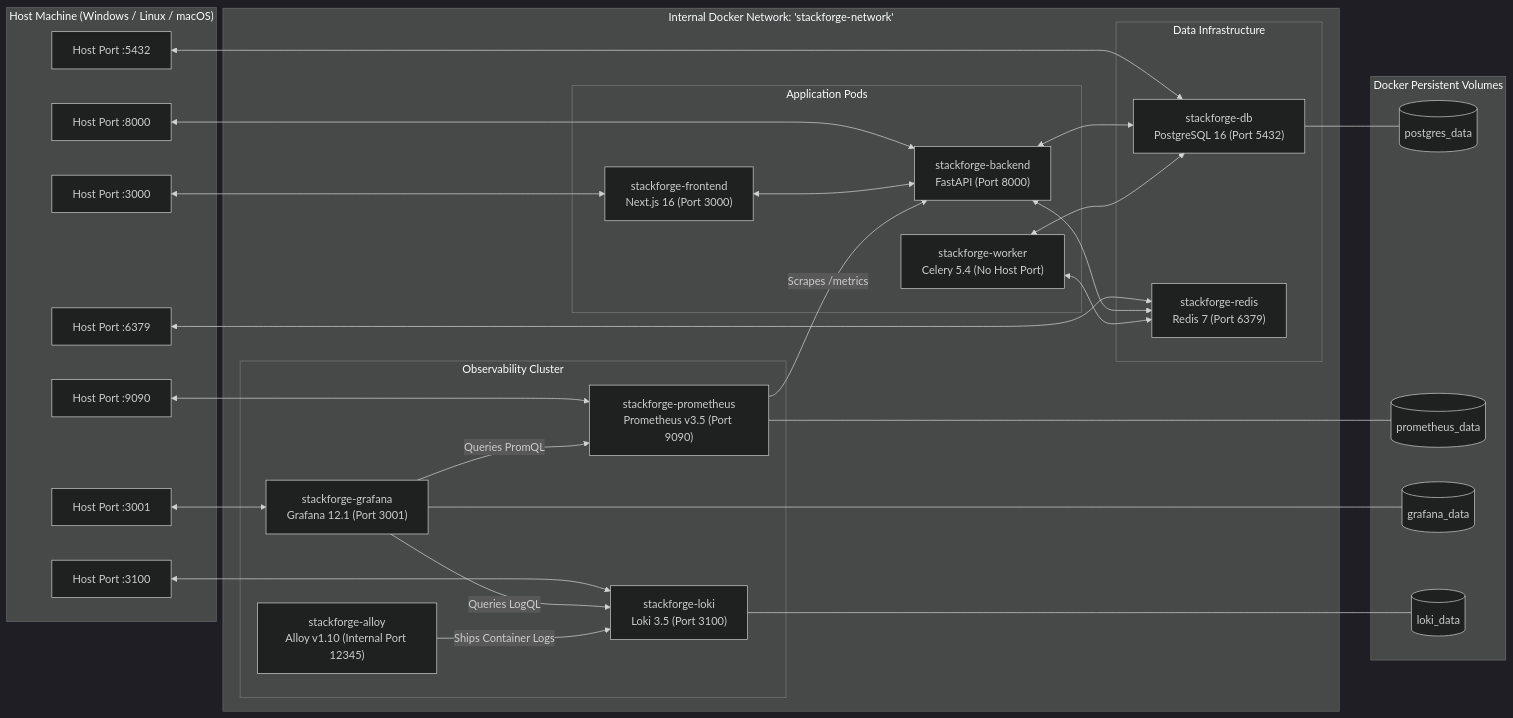
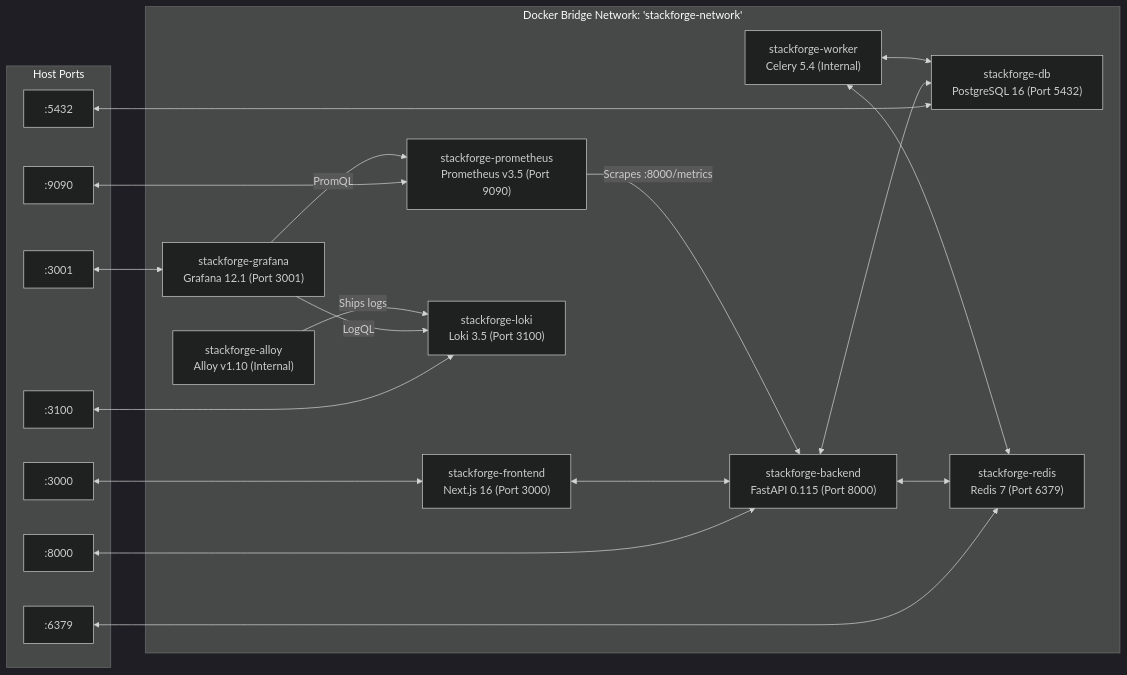
One commit to satviashwin369-creator/StackForge changed the fourth of 9 diagrams in docs/Architecture.md. Above: the diagram before and after it, drawn with Mermaid (dark theme). The commit also changed other lines of this file and 10 other files, not shown here.

Commit message:
docs(arch): embed 9 standalone high-res visual SVG diagrams and remove duplicate sections

````diff
--- a/docs/Architecture.md
+++ b/docs/Architecture.md
@@ -352,63 +267,42 @@
 ```mermaid
 flowchart LR
-    subgraph HostEnvironment ["Host Machine (Windows / Linux / macOS)"]
-        Port3000["Host Port :3000"]
-        Port8000["Host Port :8000"]
-        Port5432["Host Port :5432"]
-        Port6379["Host Port :6379"]
-        Port9090["Host Port :9090"]
-        Port3001["Host Port :3001"]
-        Port3100["Host Port :3100"]
+    subgraph Host ["Host Ports"]
+        P3000[":3000"]
+        P8000[":8000"]
+        P5432[":5432"]
+        P6379[":6379"]
+        P9090[":9090"]
+        P3001[":3001"]
+        P3100[":3100"]
     end
 
-    subgraph DockerBridge ["Internal Docker Network: 'stackforge-network'"]
-        subgraph AppServices ["Application Pods"]
-            C_Front["stackforge-frontend<br/>Next.js 16 (Port 3000)"]
-            C_Back["stackforge-backend<br/>FastAPI (Port 8000)"]
-            C_Work["stackforge-worker<br/>Celery 5.4 (No Host Port)"]
-        end
-
-        subgraph CoreDataServices ["Data Infrastructure"]
-            C_DB["stackforge-db<br/>PostgreSQL 16 (Port 5432)"]
-            C_Redis["stackforge-redis<br/>Redis 7 (Port 6379)"]
-        end
-
-        subgraph MonitoringServices ["Observability Cluster"]
-            C_Prom["stackforge-prometheus<br/>Prometheus v3.5 (Port 9090)"]
-            C_Graf["stackforge-grafana<br/>Grafana 12.1 (Port 3001)"]
-            C_Loki["stackforge-loki<br/>Loki 3.5 (Port 3100)"]
-            C_Alloy["stackforge-alloy<br/>Alloy v1.10 (Internal Port 12345)"]
-        end
+    subgraph Bridge ["Docker Bridge Network: 'stackforge-network'"]
+        FE["stackforge-frontend<br/>Next.js 16 (Port 3000)"]
+        BE["stackforge-backend<br/>FastAPI 0.115 (Port 8000)"]
+        WK["stackforge-worker<br/>Celery 5.4 (Internal)"]
+        DB["stackforge-db<br/>PostgreSQL 16 (Port 5432)"]
+        RD["stackforge-redis<br/>Redis 7 (Port 6379)"]
+        PR["stackforge-prometheus<br/>Prometheus v3.5 (Port 9090)"]
+        GF["stackforge-grafana<br/>Grafana 12.1 (Port 3001)"]
+        LK["stackforge-loki<br/>Loki 3.5 (Port 3100)"]
+        AL["stackforge-alloy<br/>Alloy v1.10 (Internal)"]
     end
 
-    subgraph DockerVolumes ["Docker Persistent Volumes"]
-        Vol_DB[("postgres_data")]
-        Vol_Prom[("prometheus_data")]
-        Vol_Graf[("grafana_data")]
-        Vol_Loki[("loki_data")]
-    end
+    P3000 <--> FE
+    P8000 <--> BE
+    P5432 <--> DB
+    P6379 <--> RD
+    P9090 <--> PR
+    P3001 <--> GF
+    P3100 <--> LK
 
-    Port3000 <--> C_Front
-    Port8000 <--> C_Back
-    Port5432 <--> C_DB
-    Port6379 <--> C_Redis
-    Port9090 <--> C_Prom
-    Port3001 <--> C_Graf
-    Port3100 <--> C_Loki
-
-    C_Front <--> C_Back
-    C_Back <--> C_DB
-    C_Back <--> C_Redis
-    C_Work <--> C_DB
-    C_Work <--> C_Redis
-
-    C_Prom -->|"Scrapes /metrics"| C_Back
-    C_Graf -->|"Queries PromQL"| C_Prom
-    C_Graf -->|"Queries LogQL"| C_Loki
-    C_Alloy -->|"Ships Container Logs"| C_Loki
-
-    C_DB --- Vol_DB
-    C_Prom --- Vol_Prom
-    C_Graf --- Vol_Graf
-    C_Loki --- Vol_Loki
+    FE <--> BE
+    BE <--> DB
+    BE <--> RD
+    WK <--> DB
+    WK <--> RD
+    PR -->|"Scrapes :8000/metrics"| BE
+    GF -->|"PromQL"| PR
+    GF -->|"LogQL"| LK
+    AL -->|"Ships logs"| LK
 ```
````
